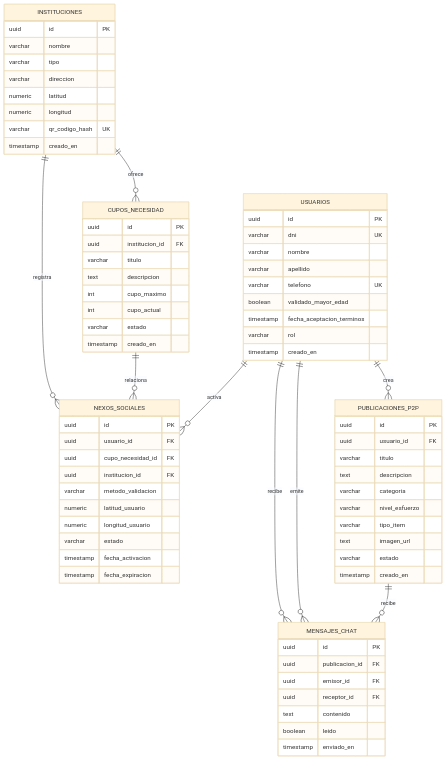
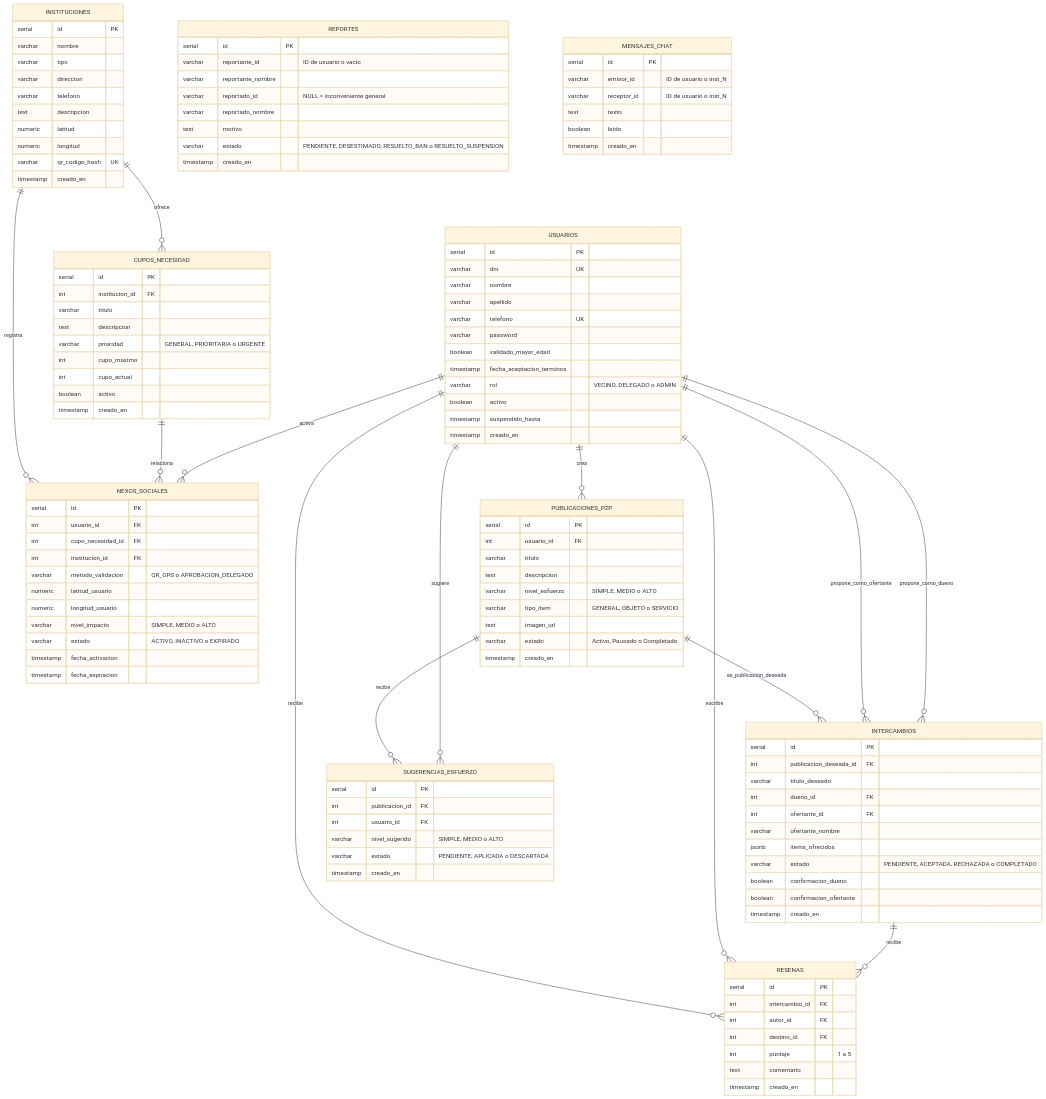
The fifth of 11 diagrams in diagramas_mermaid_srs.md (GVal24/switch), drawn with Mermaid (base theme) before and after one commit. The commit also changed other lines of this file and 15 other files, not shown here.

````diff
--- a/diagramas_mermaid_srs.md
+++ b/diagramas_mermaid_srs.md
@@ -119,27 +138,37 @@
     CUPOS_NECESIDAD ||--o{ NEXOS_SOCIALES : relaciona
     INSTITUCIONES ||--o{ NEXOS_SOCIALES : registra
     USUARIOS ||--o{ PUBLICACIONES_P2P : crea
-    PUBLICACIONES_P2P ||--o{ MENSAJES_CHAT : recibe
-    USUARIOS ||--o{ MENSAJES_CHAT : emite
-    USUARIOS ||--o{ MENSAJES_CHAT : recibe
+    USUARIOS ||--o{ INTERCAMBIOS : propone_como_dueno
+    USUARIOS ||--o{ INTERCAMBIOS : propone_como_ofertante
+    PUBLICACIONES_P2P ||--o{ INTERCAMBIOS : es_publicacion_deseada
+    INTERCAMBIOS ||--o{ RESENAS : recibe
+    USUARIOS ||--o{ RESENAS : escribe
+    USUARIOS ||--o{ RESENAS : recibe
+    USUARIOS ||--o{ SUGERENCIAS_ESFUERZO : sugiere
+    PUBLICACIONES_P2P ||--o{ SUGERENCIAS_ESFUERZO : recibe
 
     USUARIOS {
-        uuid id PK
+        serial id PK
         varchar dni UK
         varchar nombre
         varchar apellido
         varchar telefono UK
+        varchar password
         boolean validado_mayor_edad
         timestamp fecha_aceptacion_terminos
-        varchar rol
+        varchar rol "VECINO, DELEGADO o ADMIN"
+        boolean activo
+        timestamp suspendido_hasta
         timestamp creado_en
     }
 
     INSTITUCIONES {
-        uuid id PK
+        serial id PK
         varchar nombre
         varchar tipo
         varchar direccion
+        varchar telefono
+        text descripcion
         numeric latitud
         numeric longitud
         varchar qr_codigo_hash UK
@@ -147,49 +176,93 @@
     }
 
     CUPOS_NECESIDAD {
-        uuid id PK
-        uuid institucion_id FK
+        serial id PK
+        int institucion_id FK
         varchar titulo
         text descripcion
+        varchar prioridad "GENERAL, PRIORITARIA o URGENTE"
         int cupo_maximo
         int cupo_actual
-        varchar estado
+        boolean activo
         timestamp creado_en
     }
 
     NEXOS_SOCIALES {
-        uuid id PK
-        uuid usuario_id FK
-        uuid cupo_necesidad_id FK
-        uuid institucion_id FK
-        varchar metodo_validacion
+        serial id PK
+        int usuario_id FK
+        int cupo_necesidad_id FK
+        int institucion_id FK
+        varchar metodo_validacion "QR_GPS o APROBACION_DELEGADO"
         numeric latitud_usuario
         numeric longitud_usuario
-        varchar estado
+        varchar nivel_impacto "SIMPLE, MEDIO o ALTO"
+        varchar estado "ACTIVO, INACTIVO o EXPIRADO"
         timestamp fecha_activacion
         timestamp fecha_expiracion
     }
 
     PUBLICACIONES_P2P {
-        uuid id PK
-        uuid usuario_id FK
+        serial id PK
+        int usuario_id FK
         varchar titulo
         text descripcion
-        varchar categoria
-        varchar nivel_esfuerzo
-        varchar tipo_item
+        varchar nivel_esfuerzo "SIMPLE, MEDIO o ALTO"
+        varchar tipo_item "GENERAL, OBJETO o SERVICIO"
         text imagen_url
-        varchar estado
+        varchar estado "Activo, Pausado o Completado"
+        timestamp creado_en
+    }
+
+    INTERCAMBIOS {
+        serial id PK
+        int publicacion_deseada_id FK
+        varchar titulo_deseado
+        int dueno_id FK
+        int ofertante_id FK
+        varchar ofertante_nombre
+        jsonb items_ofrecidos
+        varchar estado "PENDIENTE, ACEPTADA, RECHAZADA o COMPLETADO"
+        boolean confirmacion_dueno
+        boolean confirmacion_ofertante
+        timestamp creado_en
+    }
+
+    RESENAS {
+        serial id PK
+        int intercambio_id FK
+        int autor_id FK
+        int destino_id FK
+        int puntaje "1 a 5"
+        text comentario
+        timestamp creado_en
+    }
+
+    SUGERENCIAS_ESFUERZO {
+        serial id PK
+        int publicacion_id FK
+        int usuario_id FK
+        varchar nivel_sugerido "SIMPLE, MEDIO o ALTO"
+        varchar estado "PENDIENTE, APLICADA o DESCARTADA"
+        timestamp creado_en
+    }
+
+    REPORTES {
+        serial id PK
+        varchar reportante_id "ID de usuario o vacio"
+        varchar reportante_nombre
+        varchar reportado_id "NULL = inconveniente general"
+        varchar reportado_nombre
+        text motivo
+        varchar estado "PENDIENTE, DESESTIMADO, RESUELTO_BAN o RESUELTO_SUSPENSION"
         timestamp creado_en
     }
 
     MENSAJES_CHAT {
-        uuid id PK
-        uuid publicacion_id FK
-        uuid emisor_id FK
-        uuid receptor_id FK
-        text contenido
+        serial id PK
+        varchar emisor_id "ID de usuario o inst_N"
+        varchar receptor_id "ID de usuario o inst_N"
+        text texto
         boolean leido
-        timestamp enviado_en
+        timestamp creado_en
     }
 ```
````
